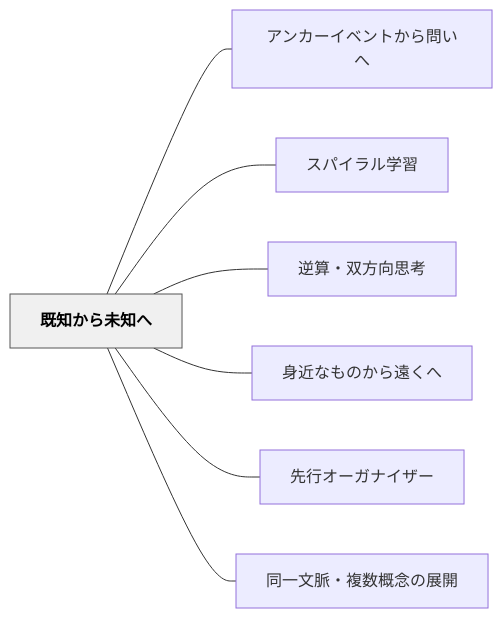
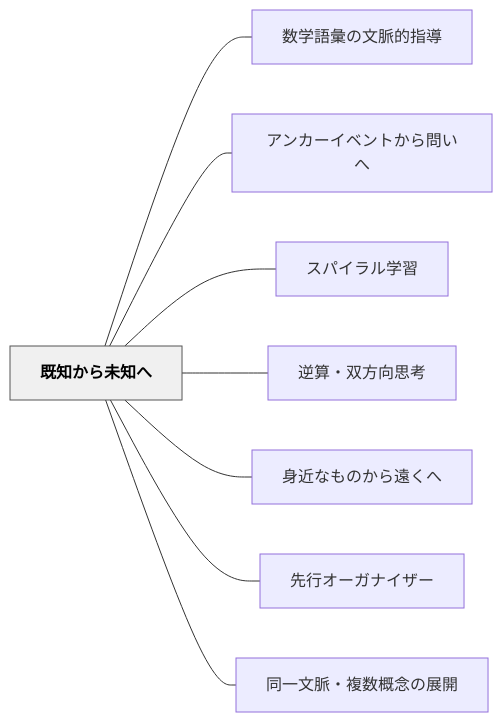
One commit to unknownthings-ed-patterns/unknownthings-ed-patterns changed the diagram in content/パタン/既知から未知へ.md. Above: the diagram before and after it, drawn with Mermaid. The commit also changed other lines of this file and 47 other files, not shown here.

````diff
--- a/content/パタン/既知から未知へ.md
+++ b/content/パタン/既知から未知へ.md
@@ -47,20 +47,22 @@
 ```mermaid
 flowchart LR
     ne697a2e79fa5["既知から未知へ"]
+    ne695b0e5ada6["数学語彙の文脈的指導"]
     ne382a2e383b3["アンカーイベントから問いへ"]
     ne382b9e38391["スパイラル学習"]
     ne98086e7ae97["逆算・双方向思考"]
     ne8baabe8bf91["身近なものから遠くへ"]
     ne58588e8a18c["先行オーガナイザー"]
     ne5908ce4b880["同一文脈・複数概念の展開"]
 
+    ne697a2e79fa5 --- ne695b0e5ada6
     ne697a2e79fa5 --- ne382a2e383b3
     ne697a2e79fa5 --- ne382b9e38391
     ne697a2e79fa5 --- ne98086e7ae97
     ne697a2e79fa5 --- ne8baabe8bf91
     ne697a2e79fa5 --- ne58588e8a18c
     ne697a2e79fa5 --- ne5908ce4b880
 
     classDef hub fill:#f0f0f0,stroke:#555,color:#000,font-weight:bold
     class ne697a2e79fa5 hub
 ```
````
